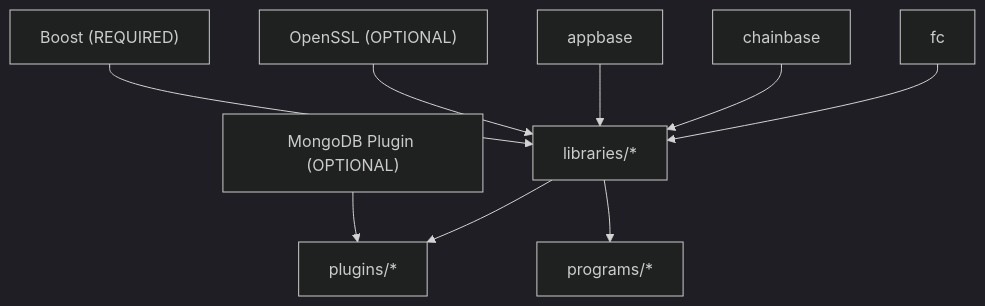
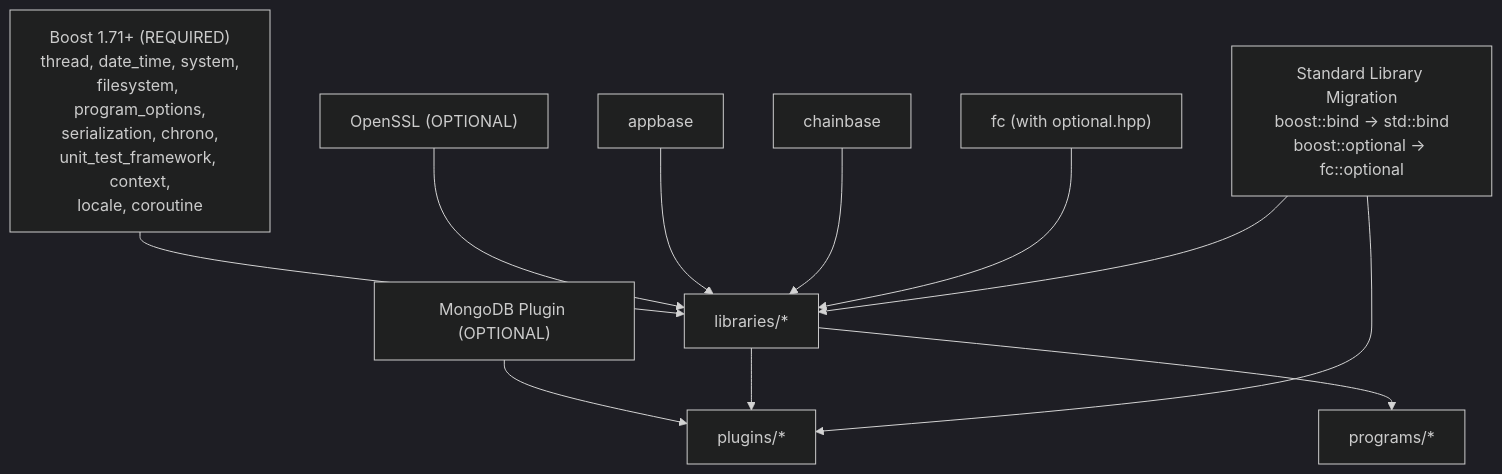
Before and after one commit to VIZ-Blockchain/viz-cpp-node: the seventh of 7 diagrams in .qoder/repowiki/en/content/Development Tools/Build System/CMake Configuration/Dependency Management.md, drawn with Mermaid (dark theme). The commit also changed other lines of this file and 7 other files, not shown here.

````diff
--- a/.qoder/repowiki/en/content/Development Tools/Build System/CMake Configuration/Dependency Management.md
+++ b/.qoder/repowiki/en/content/Development Tools/Build System/CMake Configuration/Dependency Management.md
@@ -245,20 +302,23 @@
 ```mermaid
 graph TB
-Boost["Boost (REQUIRED)"]
+Boost["Boost 1.71+ (REQUIRED)<br/>thread, date_time, system,<br/>filesystem, program_options,<br/>serialization, chrono,<br/>unit_test_framework, context,<br/>locale, coroutine"]
 OpenSSL["OpenSSL (OPTIONAL)"]
 MongoPlugin["MongoDB Plugin (OPTIONAL)"]
 AppBase["appbase"]
 ChainBase["chainbase"]
-FC["fc"]
+FC["fc (with optional.hpp)"]
 Libs["libraries/*"]
 Plugins["plugins/*"]
 Progs["programs/*"]
+StdLib["Standard Library Migration<br/>boost::bind → std::bind<br/>boost::optional → fc::optional"]
 Boost --> Libs
 OpenSSL --> Libs
 MongoPlugin --> Plugins
 AppBase --> Libs
 ChainBase --> Libs
 FC --> Libs
 Libs --> Plugins
 Libs --> Progs
+StdLib --> Plugins
+StdLib --> Libs
 ```
````
